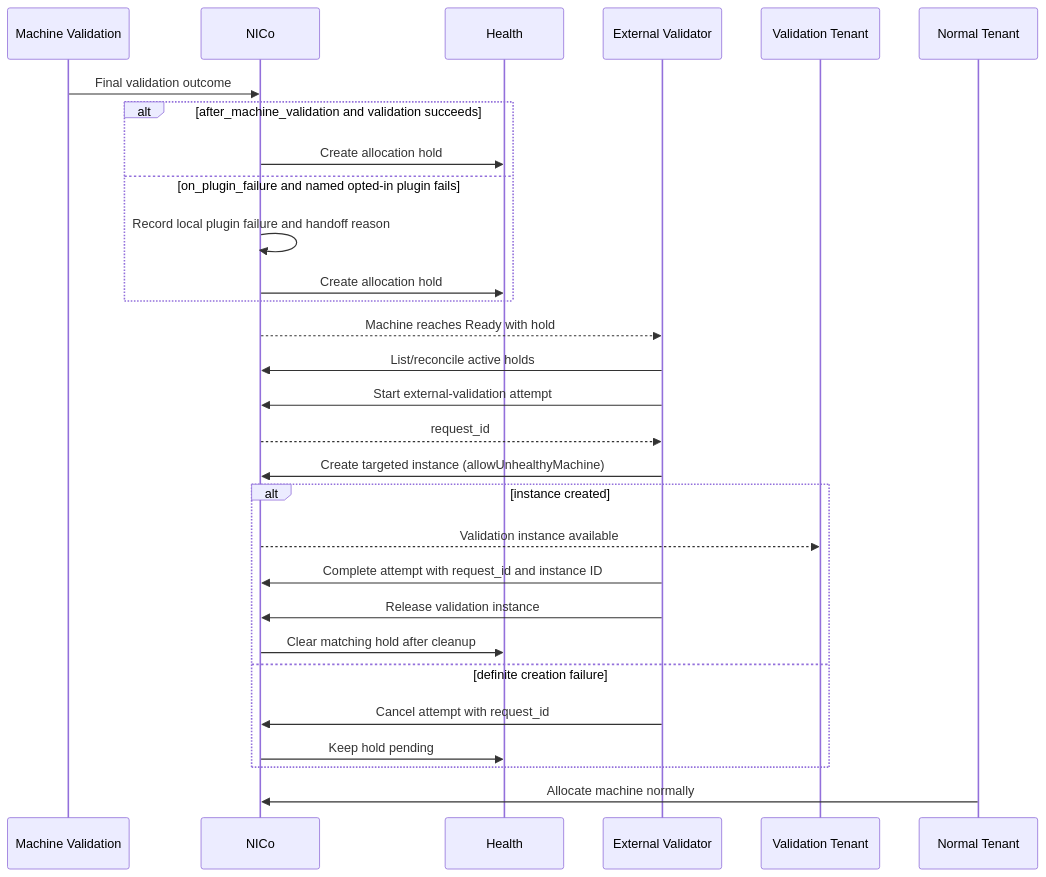
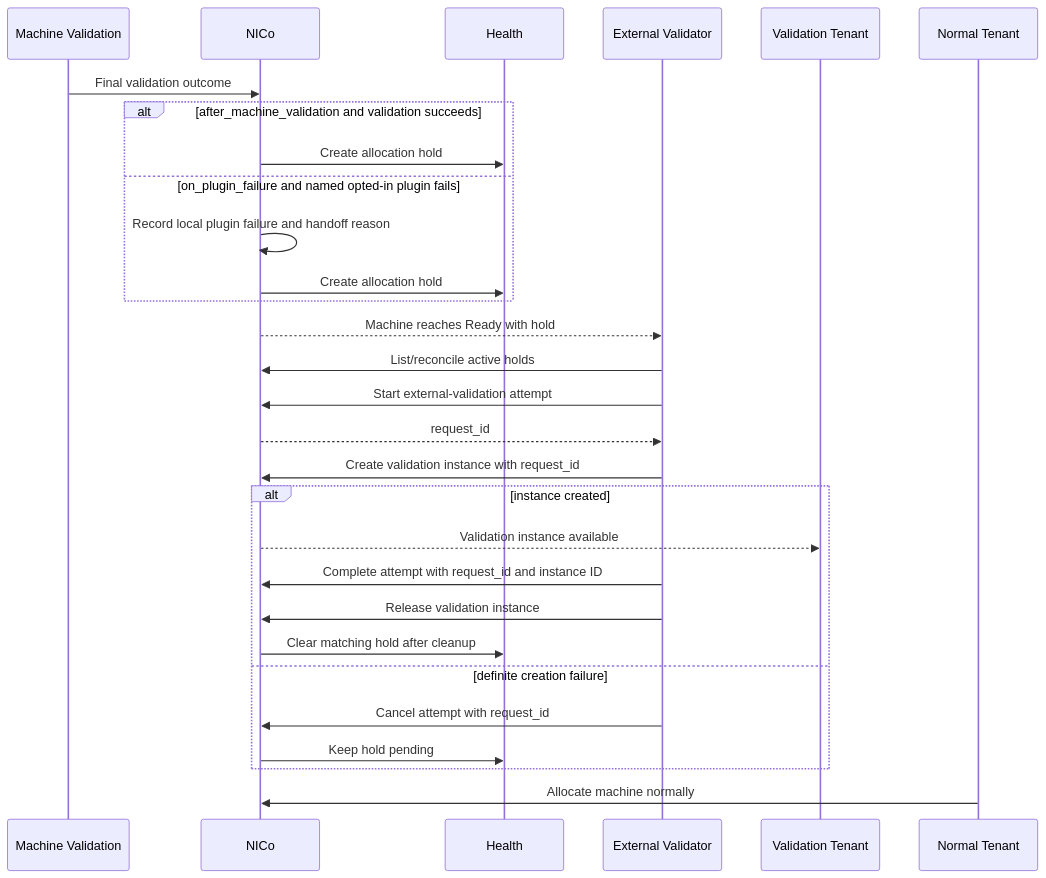
One commit to dsx-ai-factory/infra-controller changed the diagram in designs/machine-validation/external-validation-allocation-hold.md. Above: the diagram before and after it, drawn with Mermaid. The commit also changed other lines of this file, not shown here.

Commit message:
docs(machine-validation): define external validation recovery

````diff
--- a/designs/machine-validation/external-validation-allocation-hold.md
+++ b/designs/machine-validation/external-validation-allocation-hold.md
@@ -275,32 +281,32 @@
 ```mermaid
 sequenceDiagram
     participant MV as Machine Validation
     participant NICo
     participant Health
     participant Validator as External Validator
     participant Tenant as Validation Tenant
     participant Normal as Normal Tenant
 
     MV->>NICo: Final validation outcome
     alt after_machine_validation and validation succeeds
         NICo->>Health: Create allocation hold
     else on_plugin_failure and named opted-in plugin fails
         NICo->>NICo: Record local plugin failure and handoff reason
         NICo->>Health: Create allocation hold
     end
     NICo-->>Validator: Machine reaches Ready with hold
     Validator->>NICo: List/reconcile active holds
     Validator->>NICo: Start external-validation attempt
     NICo-->>Validator: request_id
-    Validator->>NICo: Create targeted instance (allowUnhealthyMachine)
+    Validator->>NICo: Create validation instance with request_id
     alt instance created
         NICo-->>Tenant: Validation instance available
         Validator->>NICo: Complete attempt with request_id and instance ID
         Validator->>NICo: Release validation instance
         NICo->>Health: Clear matching hold after cleanup
     else definite creation failure
         Validator->>NICo: Cancel attempt with request_id
         NICo->>Health: Keep hold pending
     end
     Normal->>NICo: Allocate machine normally
 ```
````
